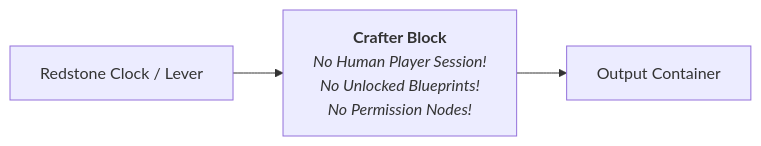
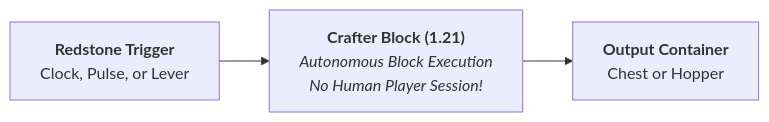
The first of 2 diagrams in docs/mechanics/crafter-automation.md (XZtotal/CraftingBlueprints-Wiki), drawn with Mermaid before and after one commit. The commit also changed other lines of this file and 31 other files, not shown here.

Commit message:
style(docs): optimize diagram proportions, center all diagrams, and fix table padding

````diff
--- a/docs/mechanics/crafter-automation.md
+++ b/docs/mechanics/crafter-automation.md
@@ -13,4 +13,4 @@
 ```mermaid
 flowchart LR
-    Clock["Redstone Clock / Lever"] --> Crafter["<b>Crafter Block</b><br/><i>No Human Player Session!<br/>No Unlocked Blueprints!<br/>No Permission Nodes!</i>"] --> Output["Output Container"]
+    Clock["<b>Redstone Trigger</b><br/>Clock, Pulse, or Lever"] --> Crafter["<b>Crafter Block (1.21)</b><br/><i>Autonomous Block Execution<br/>No Human Player Session!</i>"] --> Output["<b>Output Container</b><br/>Chest or Hopper"]
 ```
````
